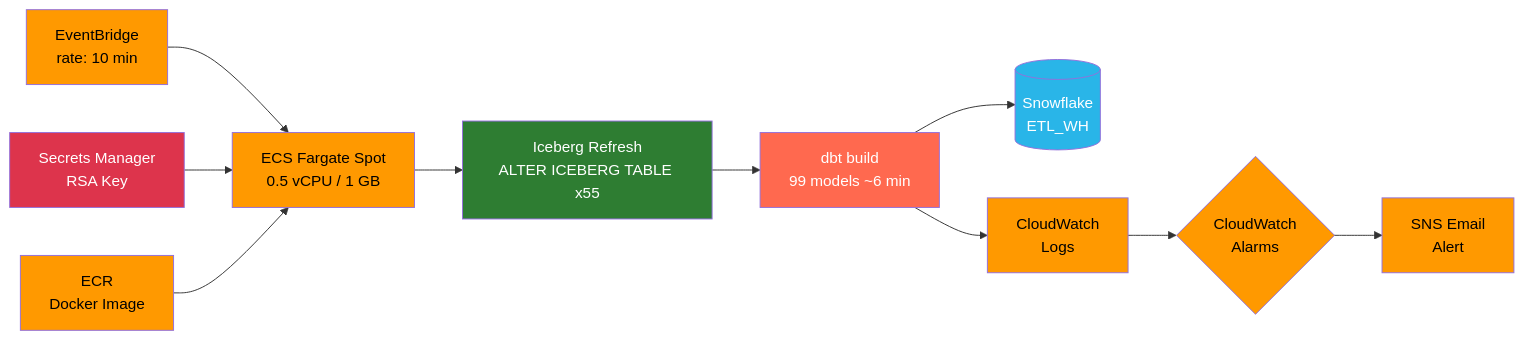
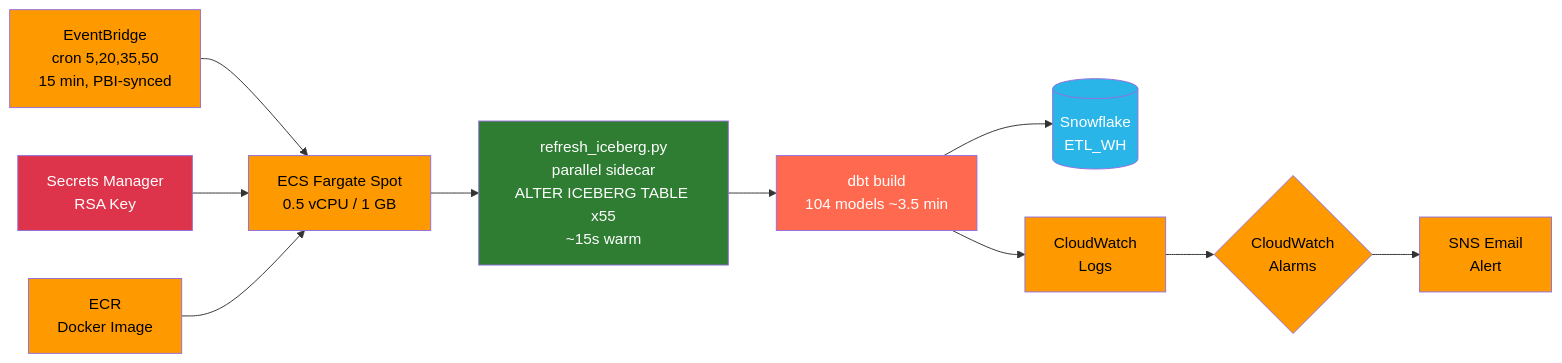
Before and after one commit to trinityBI-HQ/dbt_ammodepot: the second of 4 diagrams in README.md, drawn with Mermaid. The commit also changed other lines of this file, not shown here.

First line of the commit message:
docs: refresh README with current pipeline state

````diff
--- a/README.md
+++ b/README.md
@@ -46,26 +50,26 @@
 ```mermaid
 flowchart LR
-    EB[EventBridge<br/>rate: 10 min] --> ECS[ECS Fargate Spot<br/>0.5 vCPU / 1 GB]
+    EB[EventBridge<br/>cron 5,20,35,50<br/>15 min, PBI-synced] --> ECS[ECS Fargate Spot<br/>0.5 vCPU / 1 GB]
 
     SM[Secrets Manager<br/>RSA Key] --> ECS
     ECR[ECR<br/>Docker Image] --> ECS
 
-    ECS --> RF[Iceberg Refresh<br/>ALTER ICEBERG TABLE x55]
-    RF --> DBT[dbt build<br/>99 models ~6 min]
+    ECS --> RF[refresh_iceberg.py<br/>parallel sidecar<br/>ALTER ICEBERG TABLE x55<br/>~15s warm]
+    RF --> DBT[dbt build<br/>104 models ~3.5 min]
     DBT --> SF[(Snowflake<br/>ETL_WH)]
     DBT --> CW[CloudWatch<br/>Logs]
 
     CW --> AL{CloudWatch<br/>Alarms}
     AL --> SNS[SNS Email<br/>Alert]
 
     style EB fill:#ff9900,color:#000
     style ECS fill:#ff9900,color:#000
     style SM fill:#dd344c,color:#fff
     style ECR fill:#ff9900,color:#000
     style RF fill:#2e7d32,color:#fff
     style DBT fill:#ff694f,color:#fff
     style SF fill:#29b5e8,color:#fff
     style CW fill:#ff9900,color:#000
     style AL fill:#ff9900,color:#000
     style SNS fill:#ff9900,color:#000
 ```
````
